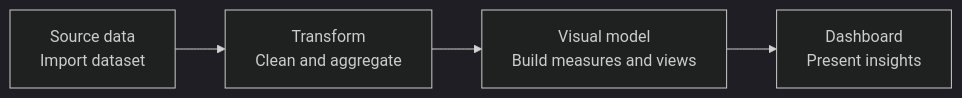
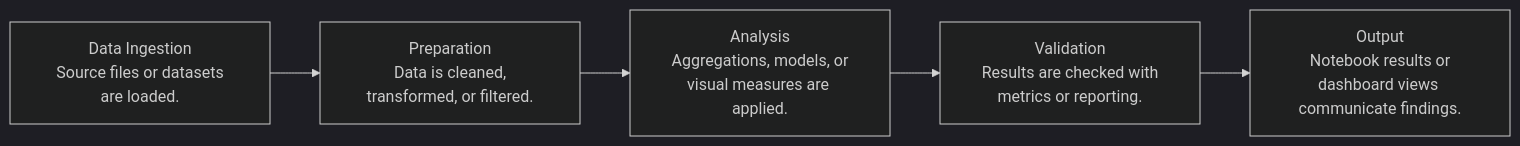
The diagram in README.md (Kanishq10/StockDataAnalysis_powerbi), drawn with Mermaid (dark theme) before and after one commit. The commit also changed other lines of this file, not shown here.

````diff
--- a/README.md
+++ b/README.md
@@ -16,10 +25,12 @@
 ```mermaid
 flowchart LR
-    N0["Source data<br/> Import dataset"]
-    N1["Transform<br/> Clean and aggregate"]
+    N0["Data Ingestion<br/> Source files or datasets are loaded."]
+    N1["Preparation<br/> Data is cleaned, transformed, or filtered."]
+    N2["Analysis<br/> Aggregations, models, or visual measures are applied."]
+    N3["Validation<br/> Results are checked with metrics or reporting."]
+    N4["Output<br/> Notebook results or dashboard views communicate findings."]
     N0 --> N1
-    N2["Visual model<br/> Build measures and views"]
     N1 --> N2
-    N3["Dashboard<br/> Present insights"]
     N2 --> N3
+    N3 --> N4
 ```
````
